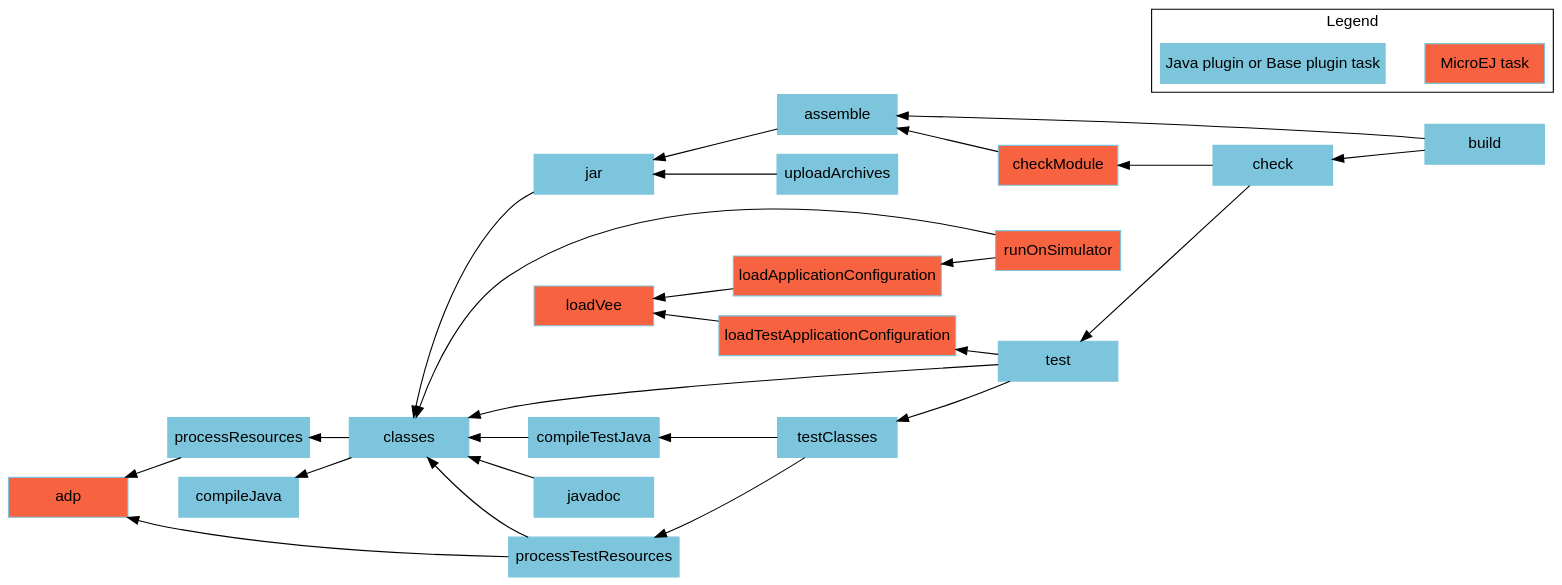
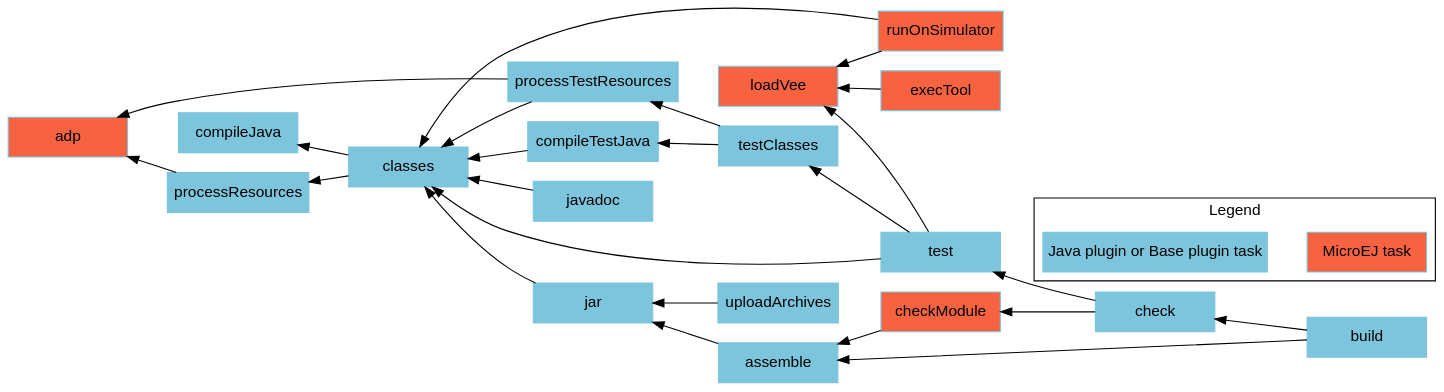
Before and after one commit to MicroEJ/docs: the diagram in SDK6UserGuide/graphAddonLibraryModule.dot, drawn with Graphviz. The commit also changed 2 other files, not shown here.

Commit message:
remove loadXXXConfiguration tasks and add execTool task in addon-library plugin

```diff
--- a/SDK6UserGuide/graphAddonLibraryModule.dot
+++ b/SDK6UserGuide/graphAddonLibraryModule.dot
@@ -1,51 +1,49 @@
 digraph mygraph {
     rankdir="RL";
     bgcolor="transparent"
     fontname="Helvetica,Arial,sans-serif"
     node [
         shape = box
         width = 1.5
         color = "#7dc5dc"
         style = filled
         fontname="Helvetica,Arial,sans-serif"
     ]
     edge [fontname="Helvetica,Arial,sans-serif"]
     "adp" [fillcolor = "#f76241"]
     "checkModule" [fillcolor = "#f76241"]
     "loadVee" [fillcolor = "#f76241"]
-    "loadApplicationConfiguration" [fillcolor = "#f76241"]
-    "loadTestApplicationConfiguration" [fillcolor = "#f76241"]
     "runOnSimulator" [fillcolor = "#f76241"]
+    "execTool" [fillcolor = "#f76241"]
     "build" -> "check"
     "check" -> "test"
     "test" -> "classes"
     "test" -> "testClasses"
-    "test" -> "loadTestApplicationConfiguration"
+    "test" -> "loadVee"
     "testClasses" -> "compileTestJava"
     "testClasses" -> "processTestResources"
-    "loadTestApplicationConfiguration" -> "loadVee"
     "processResources" -> "adp"
     "processTestResources" -> "adp"
     "processTestResources" -> "classes"
     "compileTestJava" -> "classes"
     "javadoc" -> "classes"
     "classes" -> "compileJava"
     "classes" -> "processResources"
     "build" -> "assemble"
     "assemble" -> "jar"
     "uploadArchives" -> "jar"
     "jar" -> "classes"
     "runOnSimulator" -> "classes"
-    "runOnSimulator" -> "loadApplicationConfiguration"
-    "loadApplicationConfiguration" -> "loadVee"
+    "runOnSimulator" -> "loadVee"
     "checkModule" -> "assemble"
     "check" -> "checkModule"
+    "execTool" -> "loadVee"
 
     subgraph cluster_legend {
         label="Legend";
         microej [fillcolor="#f76241" label="MicroEJ task"];
         java [fillcolor="#7dc5dc" label="Java plugin or Base plugin task"];
         microej -> java [style=invis];
         java -> microej [style=invis];
     }
 }
```
